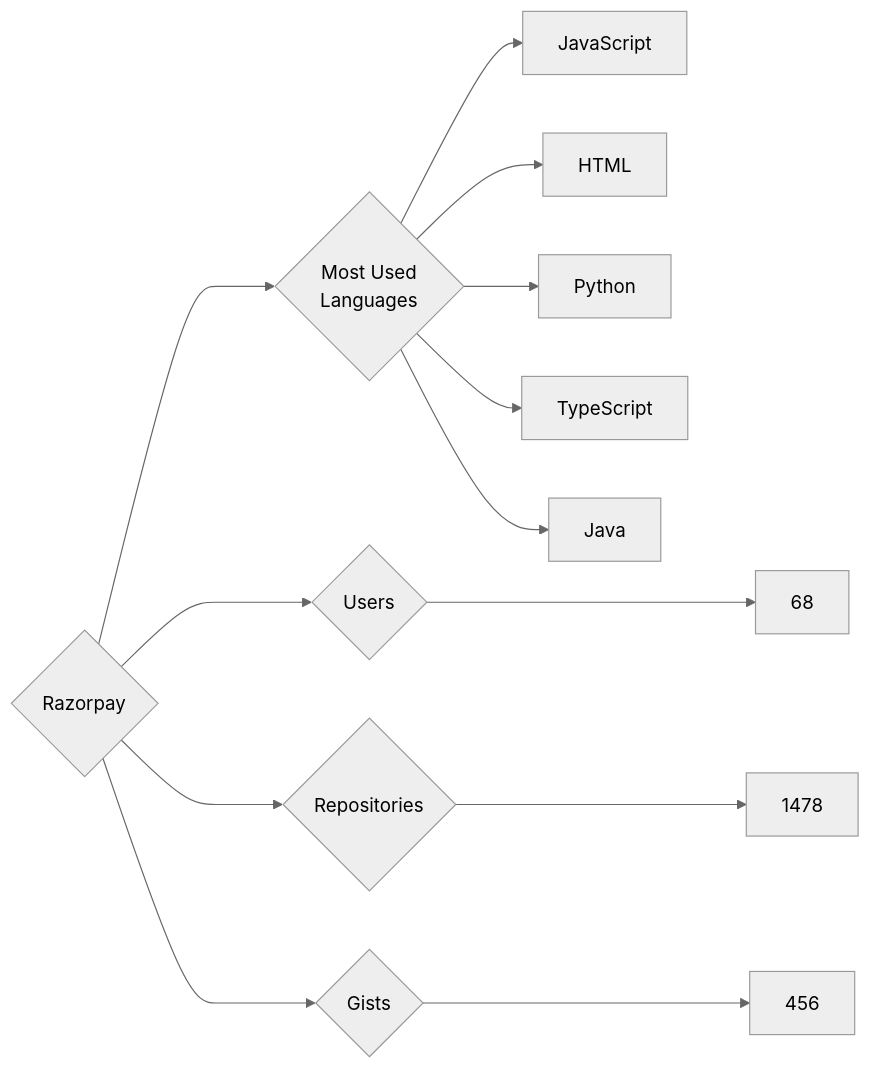
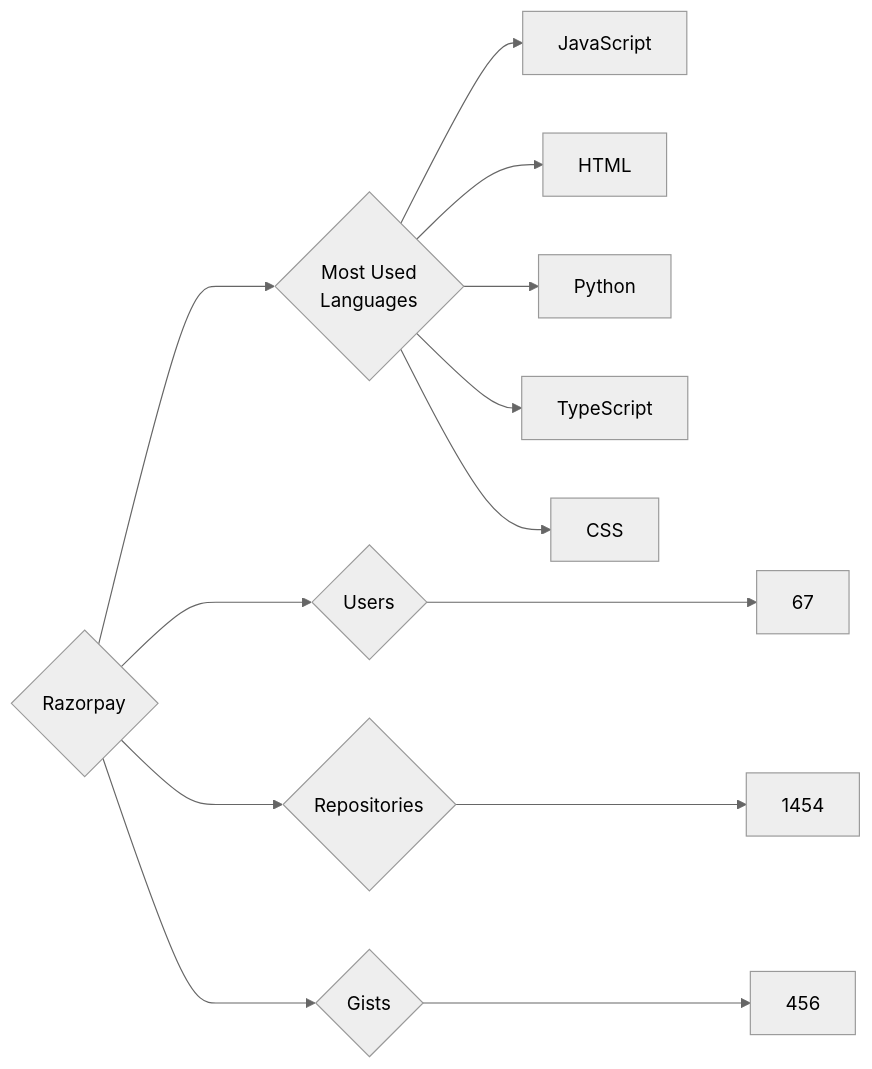
The diagram in targets/Razorpay/README.md (trickest/insiders), drawn with Mermaid (neutral theme) before and after one commit. The commit also changed 682 other files, not shown here.

````diff
--- a/targets/Razorpay/README.md
+++ b/targets/Razorpay/README.md
@@ -3,13 +3,13 @@
 ```mermaid
 graph LR
 COMPANY_NAME{Razorpay}
-COMPANY_NAME ---> U{Users} ---> UN[68]
-COMPANY_NAME ---> R{Repositories} ---> RN[1478]
+COMPANY_NAME ---> U{Users} ---> UN[67]
+COMPANY_NAME ---> R{Repositories} ---> RN[1454]
 COMPANY_NAME ---> G{Gists} ---> GN[456]
 COMPANY_NAME ---> ML{Most Used<br>Languages}
 ML --> JavaScript[JavaScript]
 ML --> HTML[HTML]
 ML --> Python[Python]
 ML --> TypeScript[TypeScript]
-ML --> Java[Java]
+ML --> CSS[CSS]
 ```
````
